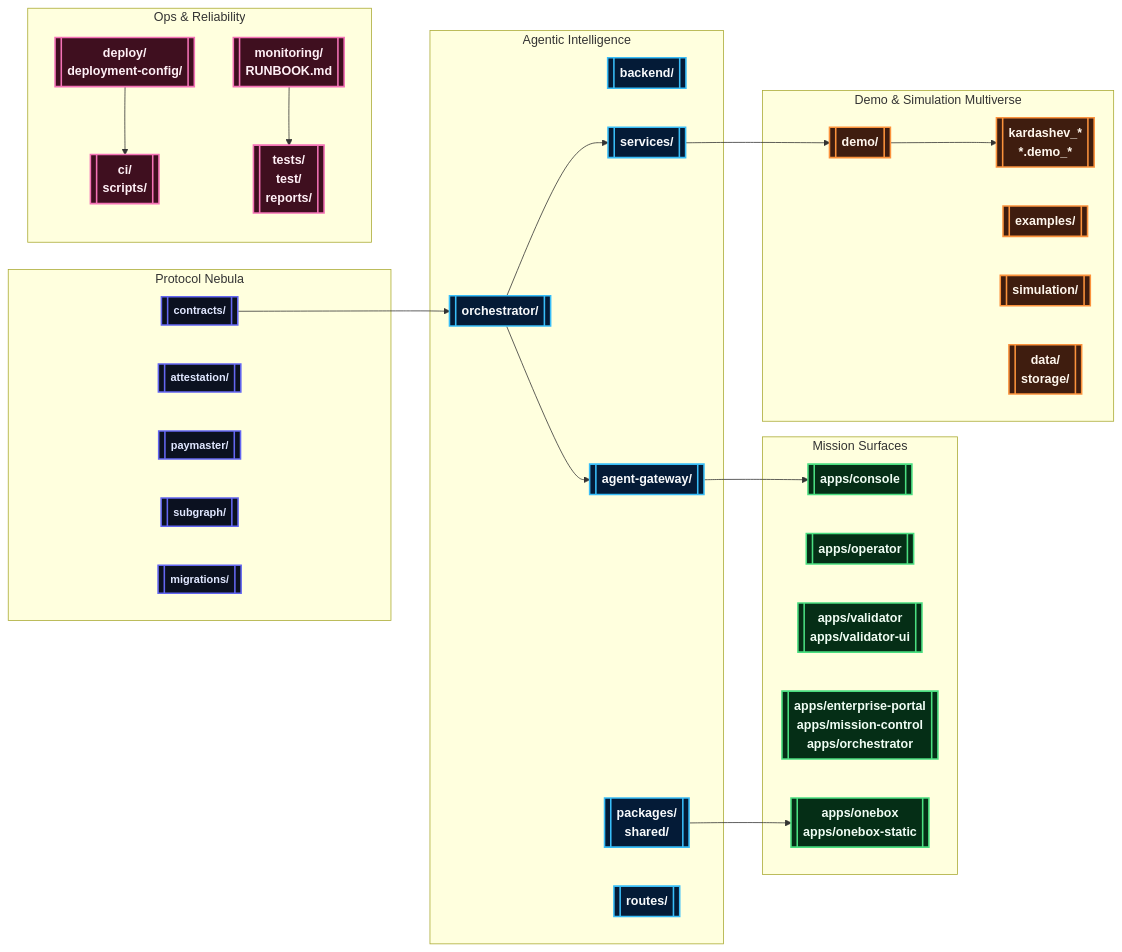
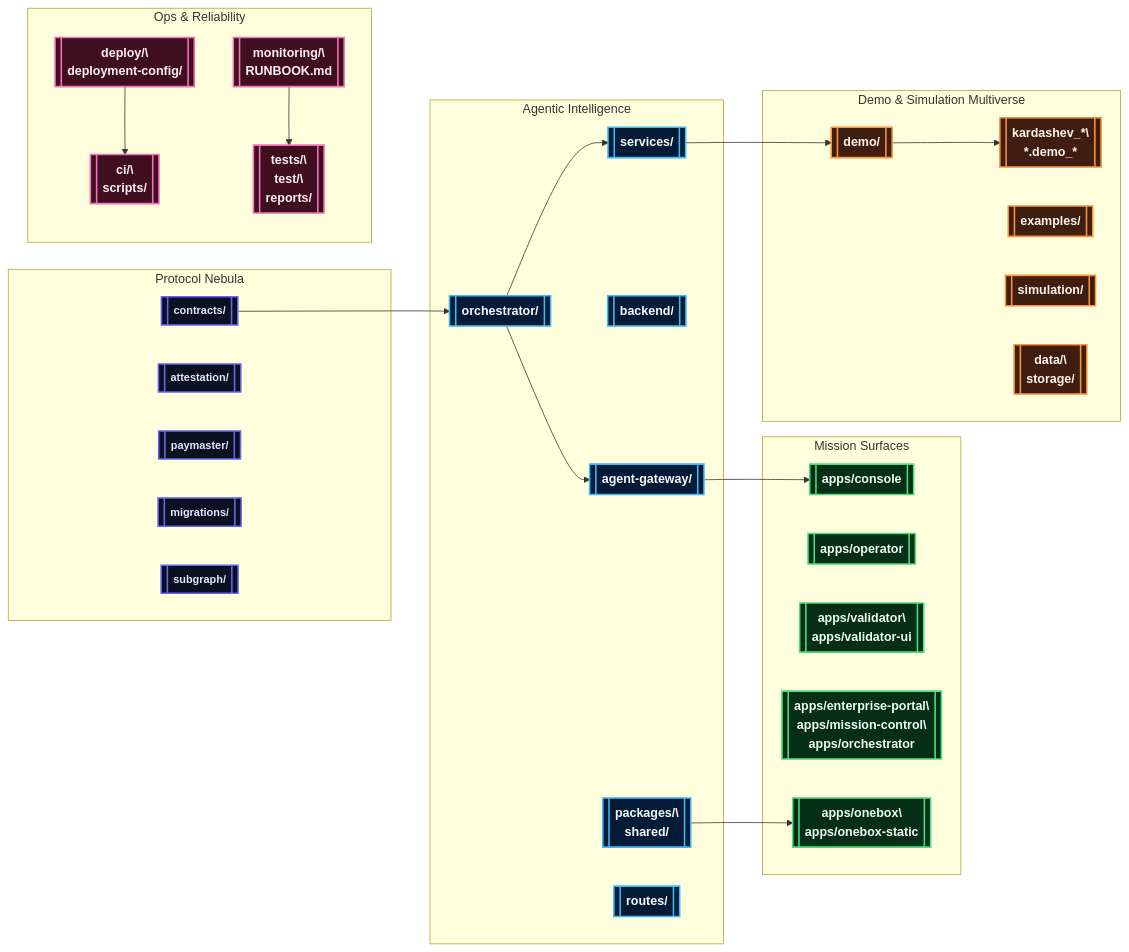
One commit to MontrealAI/AGIJobsv0 changed the first of 2 diagrams in README.md. Above: the diagram before and after it, drawn with Mermaid. The commit also changed other lines of this file, not shown here.

Commit message:
docs: refresh README for demo constellation

````diff
--- a/README.md
+++ b/README.md
@@ -40,56 +40,56 @@
 ```mermaid
-%% Nebula-scale systems map
+%% Galactic architecture map
 flowchart LR
     classDef protocol fill:#0b1120,stroke:#6366f1,color:#e0e7ff,font-size:14px,font-weight:bold,stroke-width:2px;
     classDef agentic fill:#041b37,stroke:#38bdf8,color:#f8fafc,font-weight:bold,stroke-width:2px;
     classDef surfaces fill:#052e16,stroke:#4ade80,color:#f0fdf4,font-weight:bold,stroke-width:2px;
     classDef ops fill:#3f0f1f,stroke:#f472b6,color:#fff0f6,font-weight:bold,stroke-width:2px;
     classDef demos fill:#3f1d0f,stroke:#fb923c,color:#fff7ed,font-weight:bold,stroke-width:2px;
 
     subgraph "Protocol Nebula"
         contracts[[contracts/]]:::protocol
         attestation[[attestation/]]:::protocol
         paymaster[[paymaster/]]:::protocol
+        migrations[[migrations/]]:::protocol
         subgraphSvc[[subgraph/]]:::protocol
-        migrations[[migrations/]]:::protocol
     end
 
     subgraph "Agentic Intelligence"
         orchestrator[[orchestrator/]]:::agentic
+        agentGateway[[agent-gateway/]]:::agentic
         backendSvc[[backend/]]:::agentic
-        agentGateway[[agent-gateway/]]:::agentic
         servicesHub[[services/]]:::agentic
-        packagesHub[[packages/\nshared/]]:::agentic
+        packagesHub[[packages/\\nshared/]]:::agentic
         routesHub[[routes/]]:::agentic
     end
 
     subgraph "Mission Surfaces"
         appsConsole[[apps/console]]:::surfaces
         appsOperator[[apps/operator]]:::surfaces
-        appsValidator[[apps/validator\napps/validator-ui]]:::surfaces
-        appsEnterprise[[apps/enterprise-portal\napps/mission-control\napps/orchestrator]]:::surfaces
-        appsOnebox[[apps/onebox\napps/onebox-static]]:::surfaces
+        appsValidator[[apps/validator\\napps/validator-ui]]:::surfaces
+        appsEnterprise[[apps/enterprise-portal\\napps/mission-control\\napps/orchestrator]]:::surfaces
+        appsOnebox[[apps/onebox\\napps/onebox-static]]:::surfaces
     end
 
     subgraph "Ops & Reliability"
-        deploy[[deploy/\ndeployment-config/]]:::ops
-        ci[[ci/\nscripts/]]:::ops
-        monitoring[[monitoring/\nRUNBOOK.md]]:::ops
-        qa[[tests/\ntest/\nreports/]]:::ops
+        deploy[[deploy/\\ndeployment-config/]]:::ops
+        ci[[ci/\\nscripts/]]:::ops
+        monitoring[[monitoring/\\nRUNBOOK.md]]:::ops
+        qa[[tests/\\ntest/\\nreports/]]:::ops
     end
 
     subgraph "Demo & Simulation Multiverse"
         demoHub[[demo/]]:::demos
-        kardashev[[kardashev_*\n*.demo_*]]:::demos
+        kardashev[[kardashev_*\\n*.demo_*]]:::demos
         examples[[examples/]]:::demos
         simulation[[simulation/]]:::demos
-        dataVault[[data/\nstorage/]]:::demos
+        dataVault[[data/\\nstorage/]]:::demos
     end
 
     contracts --> orchestrator --> agentGateway --> appsConsole
     orchestrator --> servicesHub --> demoHub
     packagesHub --> appsOnebox
     deploy --> ci
     monitoring --> qa
     demoHub --> kardashev
 ```
````
